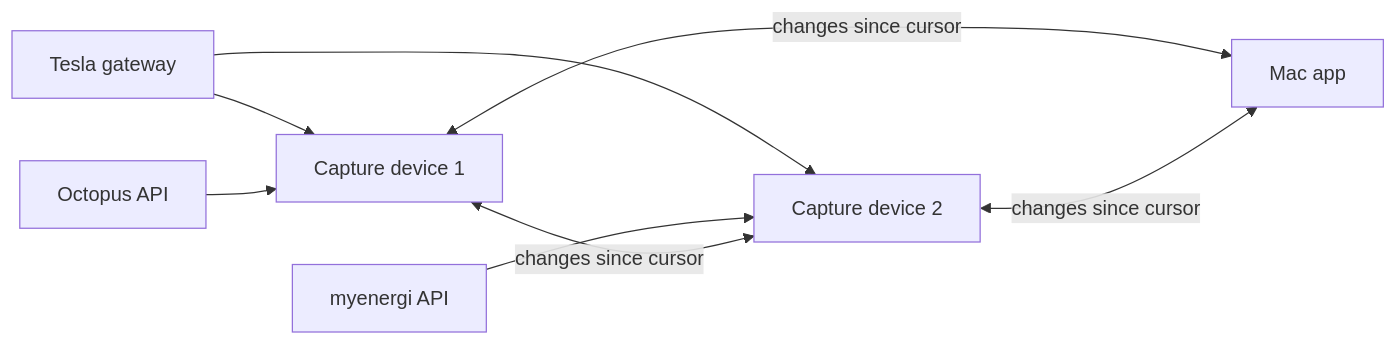
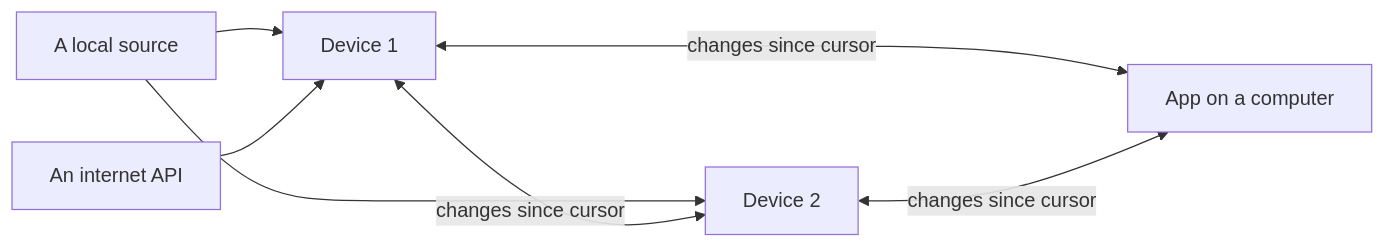
One commit to bruceskingle/bruce-db changed the diagram in docs/design.md. Above: the diagram before and after it, drawn with Mermaid. The commit also changed other lines of this file and 8 other files, not shown here.

````diff
--- a/docs/design.md
+++ b/docs/design.md
@@ -314,10 +351,9 @@
 ```mermaid
 flowchart LR
-    tesla[Tesla gateway] --> d1[Capture device 1]
-    tesla --> d2[Capture device 2]
-    octopus[Octopus API] --> d1
-    myenergi[myenergi API] --> d2
+    source[A local source] --> d1[Device 1]
+    source --> d2[Device 2]
+    api[An internet API] --> d1
     d1 <-- changes since cursor --> d2
-    d1 <-- changes since cursor --> app[Mac app]
+    d1 <-- changes since cursor --> app[App on a computer]
     d2 <-- changes since cursor --> app
 ```
````
